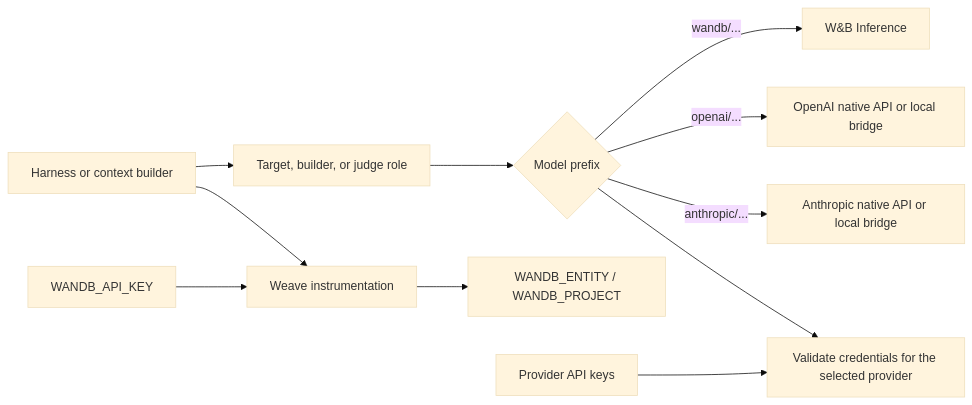
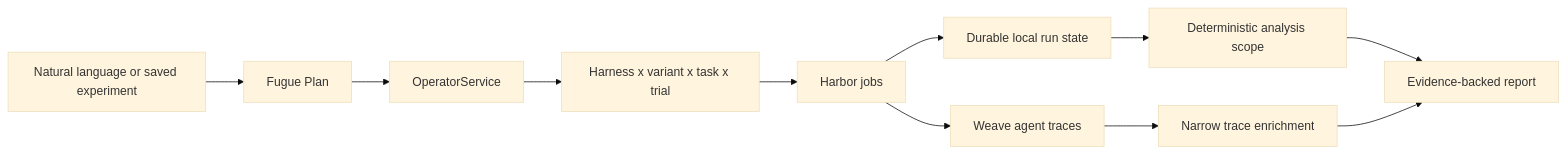
One commit to ash0ts/fugue changed the first of 7 diagrams in README.md. Above: the diagram before and after it, drawn with Mermaid (base theme). The commit also changed other lines of this file and 38 other files, not shown here.

Commit message:
Refactor fugue orchestration and provider handling

````diff
--- a/README.md
+++ b/README.md
@@ -95,15 +8,13 @@
 ```mermaid
 flowchart LR
-    HARNESS["Harness or context builder"] --> ROLE["Target, builder, or judge role"]
-    ROLE --> ROUTER{"Model prefix"}
-    ROUTER -->|"wandb/..."| WB["W&B Inference"]
-    ROUTER -->|"openai/..."| OAI["OpenAI native API or local bridge"]
-    ROUTER -->|"anthropic/..."| ANT["Anthropic native API or local bridge"]
-
-    HARNESS --> TRACE["Weave instrumentation"]
-    TRACE --> PROJECT["WANDB_ENTITY / WANDB_PROJECT"]
-
-    ROUTER --> CREDENTIALS["Validate credentials for the selected provider"]
-    ENV["Provider API keys"] --> CREDENTIALS
-    WANDBKEY["WANDB_API_KEY"] --> TRACE
+    USER["Natural language or saved experiment"] --> PLAN["Fugue Plan"]
+    PLAN --> OP["OperatorService"]
+    OP --> MATRIX["Harness x variant x task x trial"]
+    MATRIX --> HARBOR["Harbor jobs"]
+    HARBOR --> LOCAL["Durable local run state"]
+    HARBOR --> WEAVE["Weave agent traces"]
+    LOCAL --> SCOPE["Deterministic analysis scope"]
+    WEAVE --> ENRICH["Narrow trace enrichment"]
+    SCOPE --> REPORT["Evidence-backed report"]
+    ENRICH --> REPORT
 ```
````
